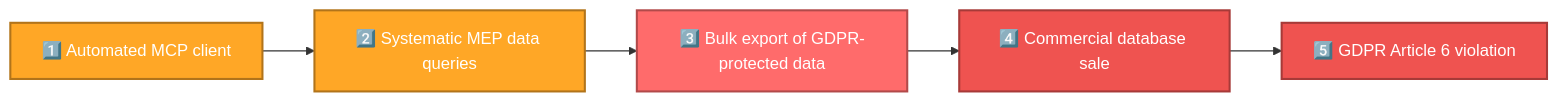
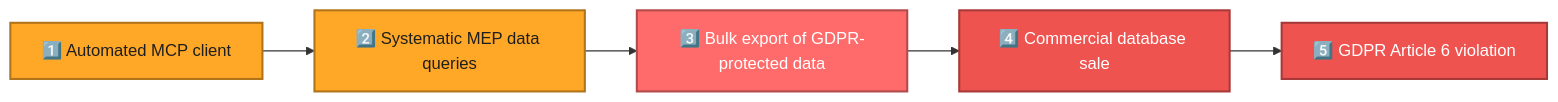
Before and after one commit to Hack23/European-Parliament-MCP-Server: the seventh of 21 diagrams in THREAT_MODEL.md, drawn with Mermaid. The commit also changed other lines of this file and 6 other files, not shown here.

````diff
--- a/THREAT_MODEL.md
+++ b/THREAT_MODEL.md
@@ -861,23 +861,23 @@
 ```mermaid
 graph LR
     A[1️⃣ Automated MCP client] --> B[2️⃣ Systematic MEP data queries]
     B --> C[3️⃣ Bulk export of GDPR-protected data]
     C --> D[4️⃣ Commercial database sale]
     D --> E[5️⃣ GDPR Article 6 violation]
     
-    style A fill:#ffa726,stroke:#b2741a,stroke-width:2px,color:#ffffff
+    style A fill:#ffa726,stroke:#b2741a,stroke-width:2px,color:#1f1f1f
 
 
-    style B fill:#ffa726,stroke:#b2741a,stroke-width:2px,color:#ffffff
+    style B fill:#ffa726,stroke:#b2741a,stroke-width:2px,color:#1f1f1f
 
 
     style C fill:#ff6b6b,stroke:#b24a4a,stroke-width:2px,color:#ffffff
 
 
     style D fill:#ef5350,stroke:#a73a38,stroke-width:2px,color:#ffffff
 
 
     style E fill:#ef5350,stroke:#a73a38,stroke-width:2px,color:#ffffff
 
 
 ```
````
